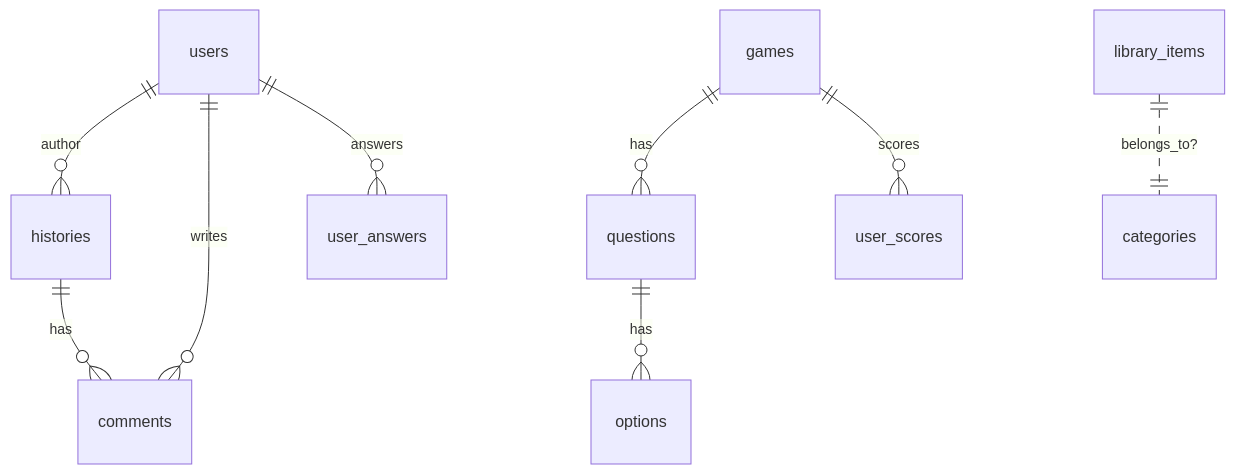
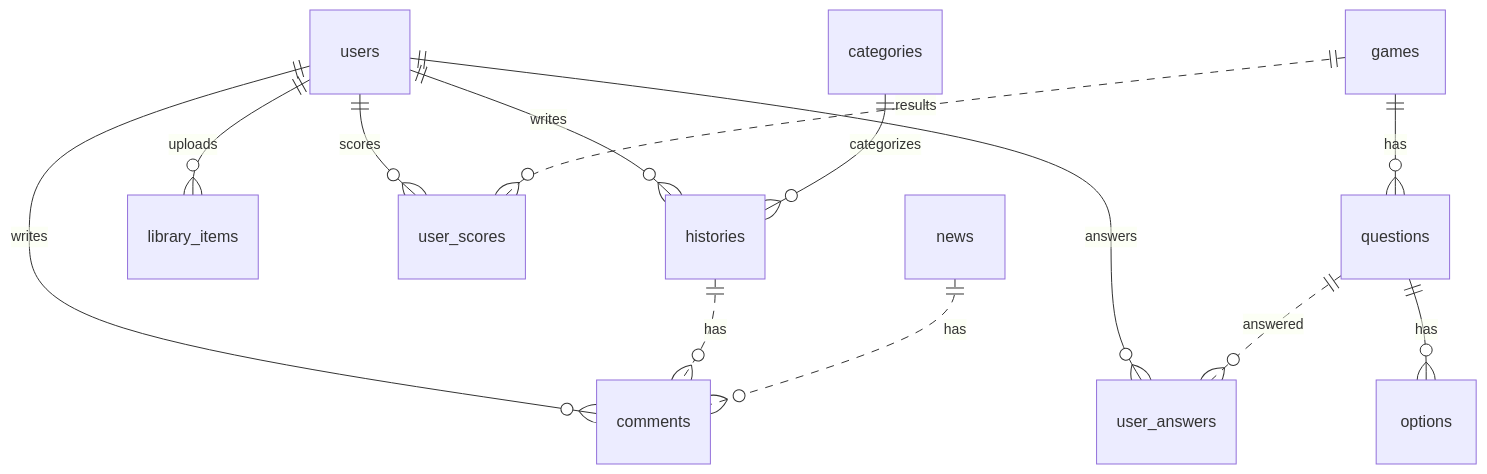
The diagram in docs/DB_DIAGRAM.md (freddyguevara085-stack/Redline), drawn with Mermaid before and after one commit. The commit also changed other lines of this file and 1 other file, not shown here.

Commit message:
Docs: Diagrama BD alineado a migraciones y guía de usuario simplificada

````diff
--- a/docs/DB_DIAGRAM.md
+++ b/docs/DB_DIAGRAM.md
@@ -29,11 +30,18 @@
 ```mermaid
 erDiagram
-    users ||--o{ histories : "author"
-    histories ||--o{ comments : "has"
-    users ||--o{ comments : "writes"
-    games ||--o{ questions : "has"
-    questions ||--o{ options : "has"
-    users ||--o{ user_answers : "answers"
-    games ||--o{ user_scores : "scores"
-    library_items ||..|| categories : "belongs_to?"
+    users ||--o{ histories : writes
+    users ||--o{ library_items : uploads
+    users ||--o{ comments : writes
+    users ||--o{ user_answers : answers
+    users ||--o{ user_scores : scores
+
+    categories ||--o{ histories : categorizes
+
+    histories ||..o{ comments : has
+    news ||..o{ comments : has
+
+    games ||--o{ questions : has
+    questions ||--o{ options : has
+    games ||..o{ user_scores : results
+    questions ||..o{ user_answers : answered
 ```
````
